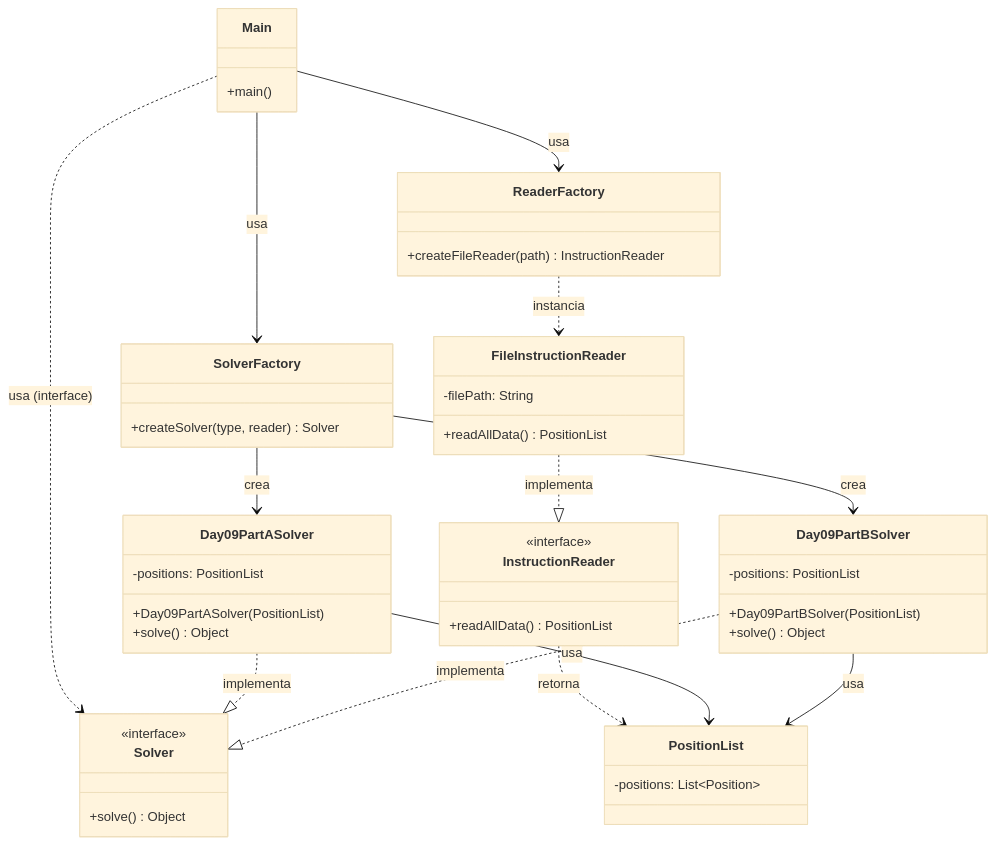
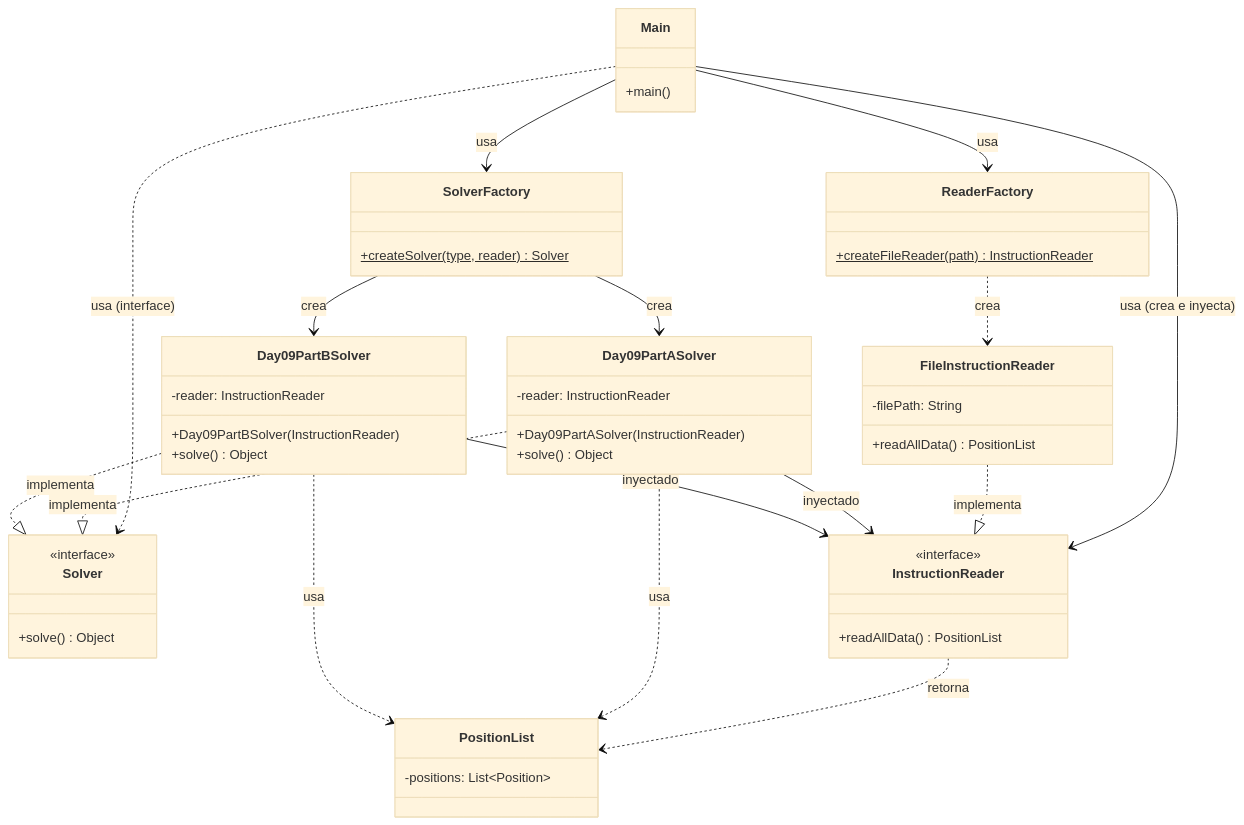
The diagram in src/main/java/software/aoc/day09/README.md (Carlossr2401/AOC2025), drawn with Mermaid (base theme) before and after one commit. The commit also changed other lines of this file and 53 other files, not shown here.

````diff
--- a/src/main/java/software/aoc/day09/README.md
+++ b/src/main/java/software/aoc/day09/README.md
@@ -14,60 +14,67 @@
 ```mermaid
 classDiagram
     %% Clases principales de la arquitectura
     class Main {
         +main()
     }
 
     class Solver {
         <<interface>>
         +solve() Object
     }
 
     class Day09PartASolver {
-        -positions: PositionList
-        +Day09PartASolver(PositionList)
+        -reader: InstructionReader
+        +Day09PartASolver(InstructionReader)
         +solve() Object
     }
 
     class Day09PartBSolver {
-        -positions: PositionList
-        +Day09PartBSolver(PositionList)
+        -reader: InstructionReader
+        +Day09PartBSolver(InstructionReader)
         +solve() Object
     }
 
     class SolverFactory {
-        +createSolver(type, reader) Solver
+        +createSolver(type, reader) Solver$
     }
 
     class InstructionReader {
         <<interface>>
         +readAllData() PositionList
     }
 
     class FileInstructionReader {
         -filePath: String
         +readAllData() PositionList
     }
 
     class ReaderFactory {
-        +createFileReader(path) InstructionReader
+        +createFileReader(path) InstructionReader$
     }
 
     class PositionList {
         -positions: List~Position~
     }
 
     %% Relaciones
     Main --> SolverFactory : usa
     Main --> ReaderFactory : usa
+    Main --> InstructionReader : usa (crea e inyecta)
     SolverFactory --> Day09PartASolver : crea
     SolverFactory --> Day09PartBSolver : crea
     Main ..> Solver : usa (interface)
+
     Day09PartASolver ..|> Solver : implementa
     Day09PartBSolver ..|> Solver : implementa
+
+    ReaderFactory ..> FileInstructionReader : crea
     FileInstructionReader ..|> InstructionReader : implementa
-    ReaderFactory ..> FileInstructionReader : instancia
     InstructionReader ..> PositionList : retorna
-    Day09PartASolver --> PositionList : usa
-    Day09PartBSolver --> PositionList : usa
+
+    Day09PartASolver --> InstructionReader : inyectado
+    Day09PartBSolver --> InstructionReader : inyectado
+
+    Day09PartASolver ..> PositionList : usa
+    Day09PartBSolver ..> PositionList : usa
 ```
````
